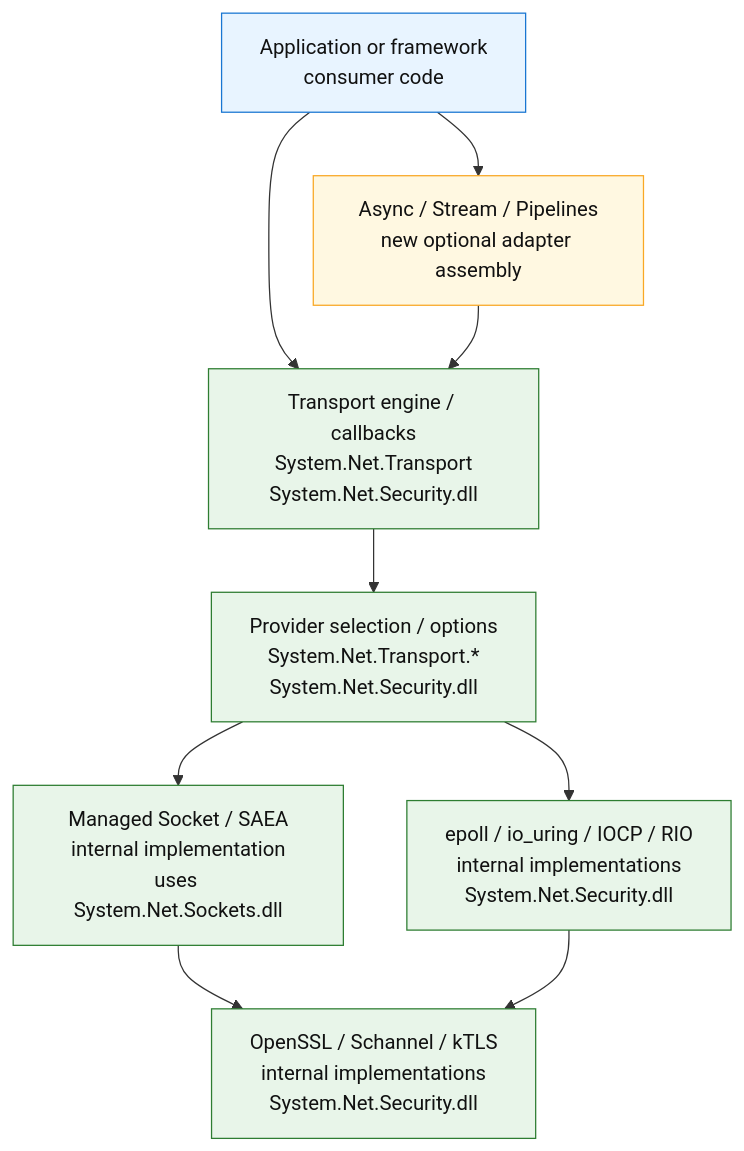
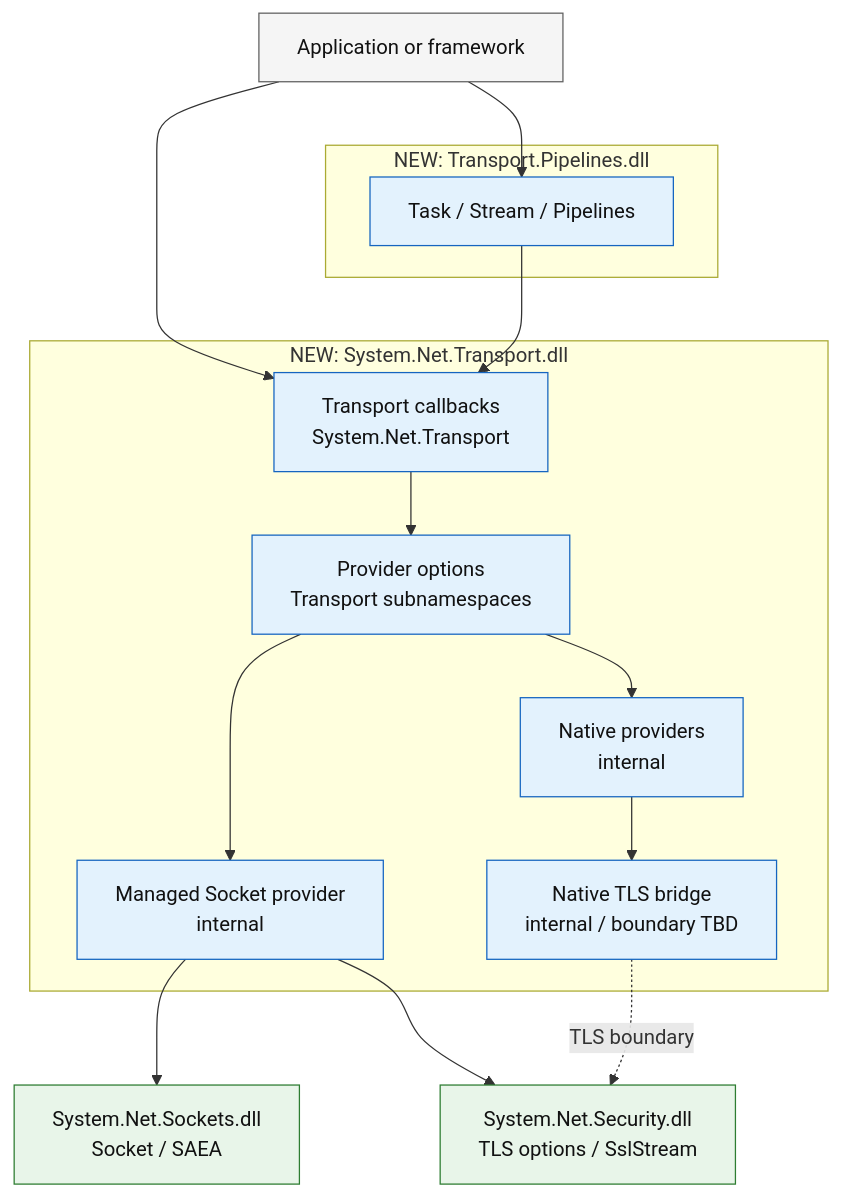
Before and after one commit to DeagleGross/Network-Transport-Experiments: the first of 2 diagrams in api.md, drawn with Mermaid. The commit also changed other lines of this file and 16 other files, not shown here.

````diff
--- a/api.md
+++ b/api.md
@@ -56,27 +56,38 @@
 ```mermaid
 flowchart TB
-    App["Application or framework<br/>consumer code"]
-    Async["Async / Stream / Pipelines<br/>new optional adapter assembly"]
-    Core["Transport engine / callbacks<br/>System.Net.Transport<br/>System.Net.Security.dll"]
-    Provider["Provider selection / options<br/>System.Net.Transport.*<br/>System.Net.Security.dll"]
-    Managed["Managed Socket / SAEA<br/>internal implementation<br/>uses System.Net.Sockets.dll"]
-    Native["epoll / io_uring / IOCP / RIO<br/>internal implementations<br/>System.Net.Security.dll"]
-    Tls["OpenSSL / Schannel / kTLS<br/>internal implementations<br/>System.Net.Security.dll"]
+    App["Application or framework"]
+
+    subgraph Transport["NEW: System.Net.Transport.dll"]
+        Core["Transport callbacks<br/>System.Net.Transport"]
+        Provider["Provider options<br/>Transport subnamespaces"]
+        Managed["Managed Socket provider<br/>internal"]
+        Native["Native providers<br/>internal"]
+        TlsBridge["Native TLS bridge<br/>internal / boundary TBD"]
+    end
+
+    subgraph Adapters["NEW: Transport.Pipelines.dll"]
+        Async["Task / Stream / Pipelines"]
+    end
+
+    Sockets["System.Net.Sockets.dll<br/>Socket / SAEA"]
+    Security["System.Net.Security.dll<br/>TLS options / SslStream"]
 
     App --> Core
     App --> Async
     Async --> Core
     Core --> Provider
     Provider --> Managed
     Provider --> Native
-    Managed --> Tls
-    Native --> Tls
+    Managed --> Sockets
+    Managed --> Security
+    Native --> TlsBridge
+    TlsBridge -. TLS boundary .-> Security
 
-    classDef consumer fill:#e8f4ff,stroke:#1976d2,color:#111
+    classDef consumer fill:#f5f5f5,stroke:#616161,color:#111
     classDef existingAssembly fill:#e8f5e9,stroke:#2e7d32,color:#111
-    classDef newAssembly fill:#fff8e1,stroke:#f9a825,color:#111
+    classDef newAssembly fill:#e3f2fd,stroke:#1565c0,color:#111
 
     class App consumer
-    class Async newAssembly
-    class Core,Provider,Managed,Native,Tls existingAssembly
+    class Core,Provider,Managed,Native,TlsBridge,Async newAssembly
+    class Sockets,Security existingAssembly
 ```
````
